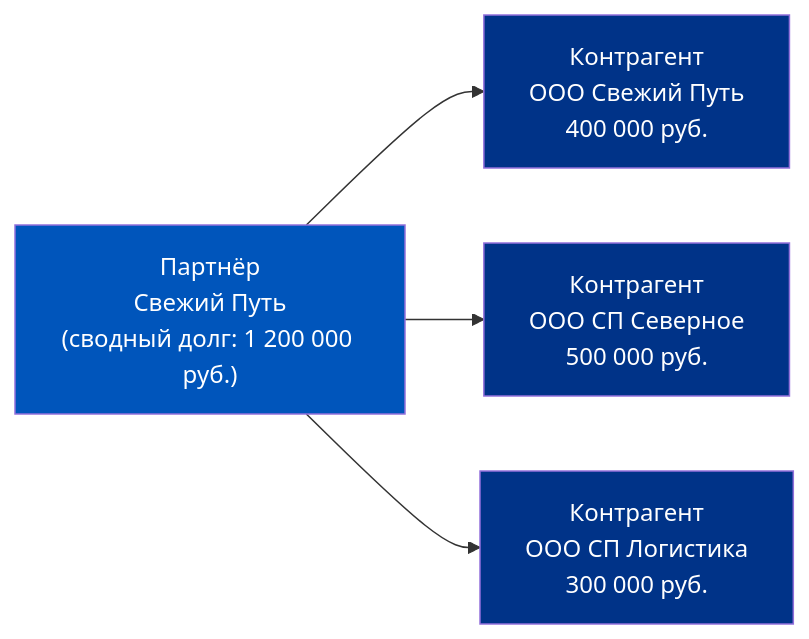
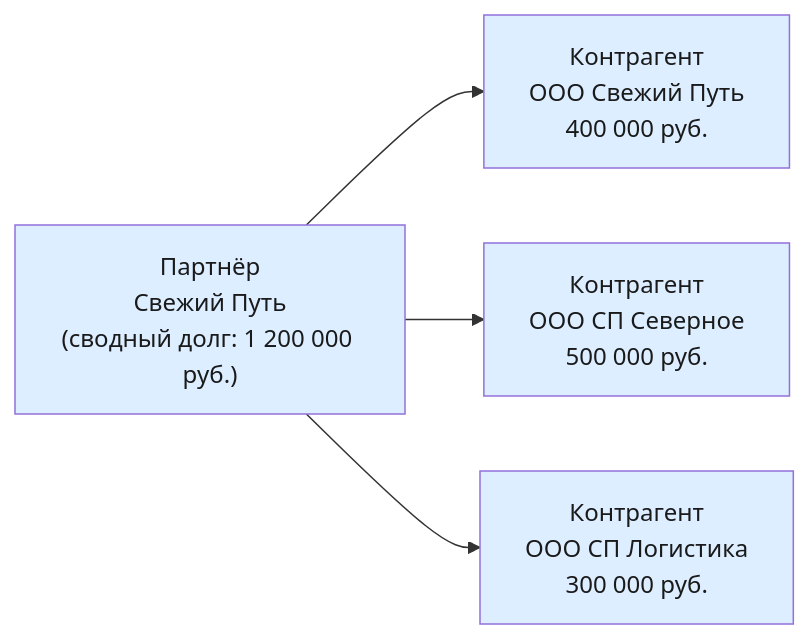
The fifth of 6 diagrams in content/1c-erp/week_2/Неделя 2 - День 3 - Партнёры и контрагенты.md (murad1986/1c-erp-quartz), drawn with Mermaid before and after one commit. The commit also changed other lines of this file and 57 other files, not shown here.

First line of the commit message:
fix: Mermaid — пастельные цвета в источниках диаграмм (56 файлов)

````diff
--- a/content/1c-erp/week_2/Неделя 2 - День 3 - Партнёры и контрагенты.md
+++ b/content/1c-erp/week_2/Неделя 2 - День 3 - Партнёры и контрагенты.md
@@ -330,16 +330,16 @@
 ```mermaid
 graph LR
     P["Партнёр<br/>Свежий Путь<br/>(сводный долг: 1 200 000 руб.)"]
     K1["Контрагент<br/>ООО Свежий Путь<br/>400 000 руб."]
     K2["Контрагент<br/>ООО СП Северное<br/>500 000 руб."]
     K3["Контрагент<br/>ООО СП Логистика<br/>300 000 руб."]
 
     P --> K1
     P --> K2
     P --> K3
 
-    style P fill:#0055BB,color:#fff
-    style K1 fill:#003388,color:#fff
-    style K2 fill:#003388,color:#fff
-    style K3 fill:#003388,color:#fff
+    style P fill:#dceeff,color:#1a1a1a
+    style K1 fill:#dceeff,color:#1a1a1a
+    style K2 fill:#dceeff,color:#1a1a1a
+    style K3 fill:#dceeff,color:#1a1a1a
 ```
````
